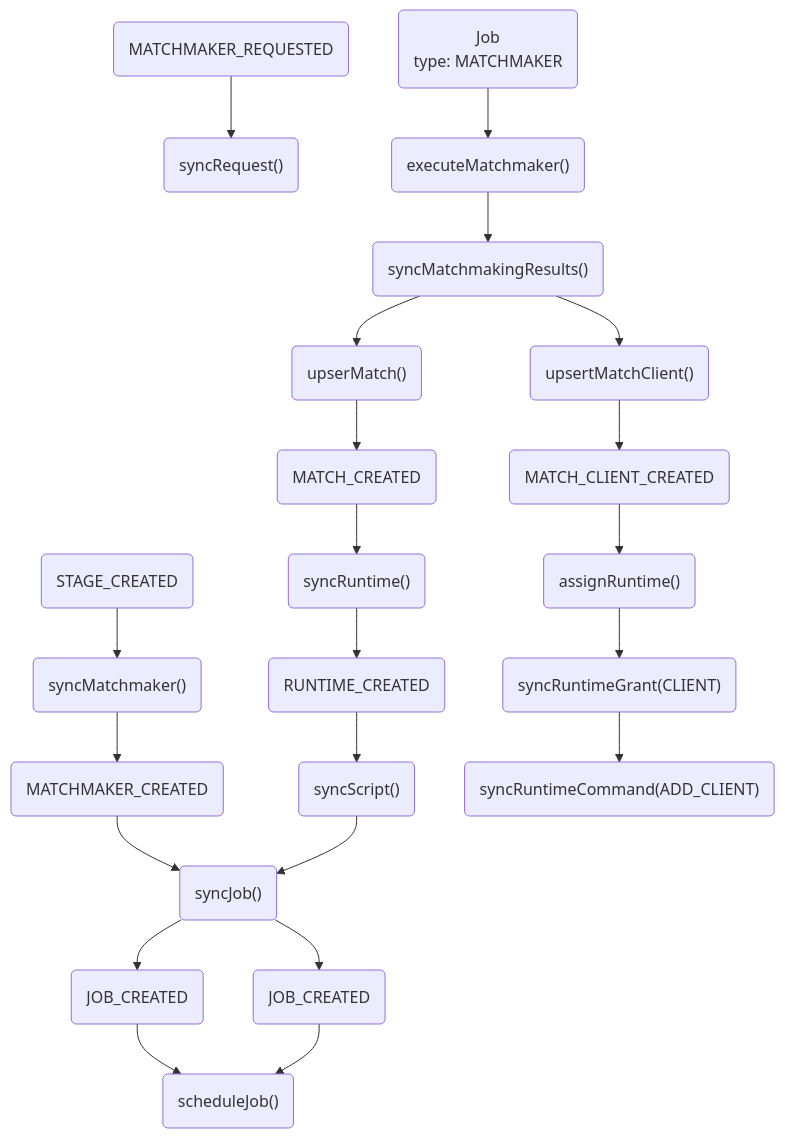
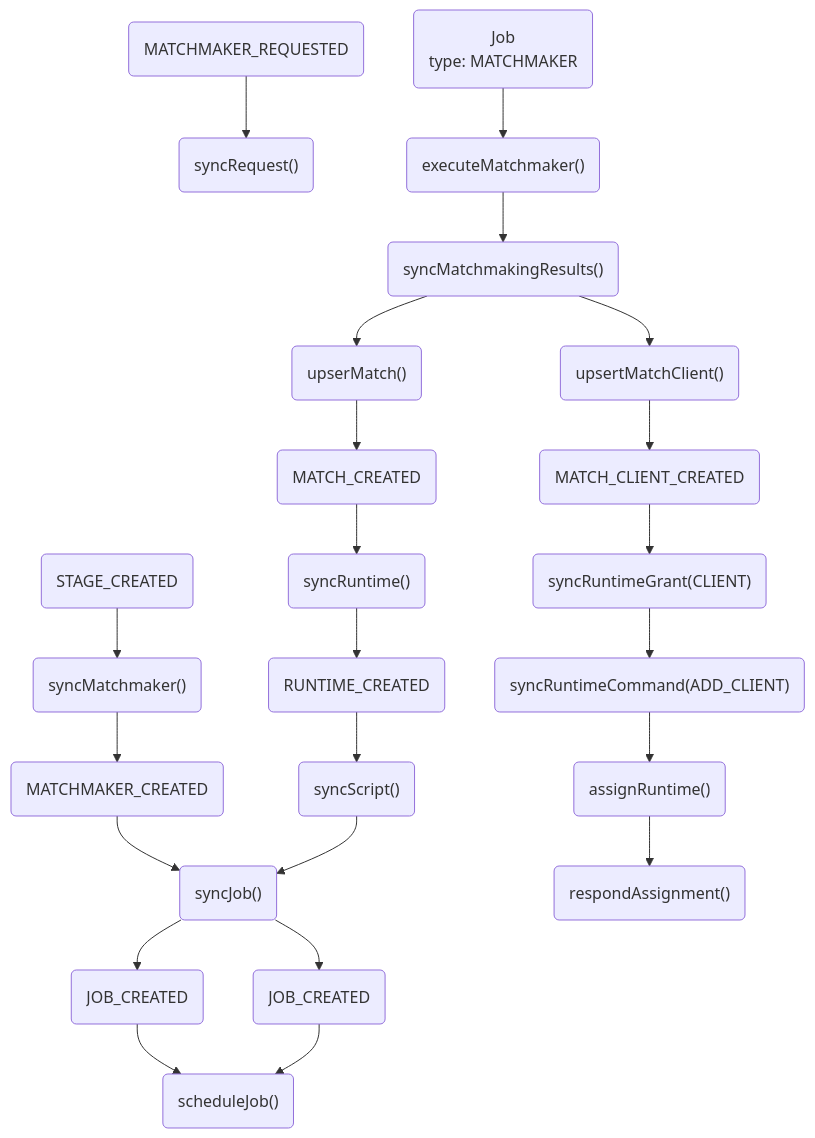
The diagram in omgservers-documentation/Matchmaking.md (OMGSERVERS/omgservers), drawn with Mermaid before and after one commit. The commit also changed 7 other files, not shown here.

Commit message:
Notify client about assigned match

````diff
--- a/omgservers-documentation/Matchmaking.md
+++ b/omgservers-documentation/Matchmaking.md
@@ -3,30 +3,31 @@
 ```mermaid
 graph TD;
 
 StageCreated(STAGE_CREATED) --> syncMatchmaker("syncMatchmaker()")
 syncMatchmaker("syncMatchmaker()") --> MatchmakerCreated(MATCHMAKER_CREATED)
 MatchmakerCreated(MATCHMAKER_CREATED) --> syncJob("syncJob()")
 syncJob("syncJob()") --> JobMatchmakerCreated(JOB_CREATED)
 JobMatchmakerCreated(JOB_CREATED) --> scheduleJob("scheduleJob()")
 
 MatchmakerRequested(MATCHMAKER_REQUESTED) --> syncRequest("syncRequest()")
 
 MatchmakerJob(Job<br/>type: MATCHMAKER) --> executeMatchmaker("executeMatchmaker()")
 executeMatchmaker("executeMatchmaker()") --> syncMatchmakingResults("syncMatchmakingResults()")
 
 syncMatchmakingResults("syncMatchmakingResults()") --> upserMatch("upserMatch()")
 upserMatch("upserMatch()") --> MatchCreated(MATCH_CREATED)
 MatchCreated(MATCH_CREATED) --> syncRuntime("syncRuntime()")
 syncRuntime("syncRuntime()") --> RuntimeCreated(RUNTIME_CREATED)
 RuntimeCreated(RUNTIME_CREATED) --> syncScript("syncScript()")
 syncJob("syncJob()") --> JobRuntimeCreated(JOB_CREATED)
 JobRuntimeCreated(JOB_CREATED) --> scheduleJob("scheduleJob()")
 syncScript("syncScript()") --> syncJob("syncJob()")
 
 syncMatchmakingResults("syncMatchmakingResults()") --> upsertMatchClient("upsertMatchClient()")
 upsertMatchClient("upsertMatchClient()") --> MatchClientCreated(MATCH_CLIENT_CREATED)
-MatchClientCreated(MATCH_CLIENT_CREATED) --> assignRuntime("assignRuntime()")
-assignRuntime("assignRuntime()") --> syncRuntimeGrant("syncRuntimeGrant(CLIENT)")
+MatchClientCreated(MATCH_CLIENT_CREATED) --> syncRuntimeGrant("syncRuntimeGrant(CLIENT)")
 syncRuntimeGrant("syncRuntimeGrant(CLIENT)") --> syncRuntimeCommand("syncRuntimeCommand(ADD_CLIENT)")
+syncRuntimeCommand("syncRuntimeCommand(ADD_CLIENT)") --> assignRuntime("assignRuntime()")
+assignRuntime("assignRuntime()") --> respondAssignment("respondAssignment()") 
 
 ```
````
